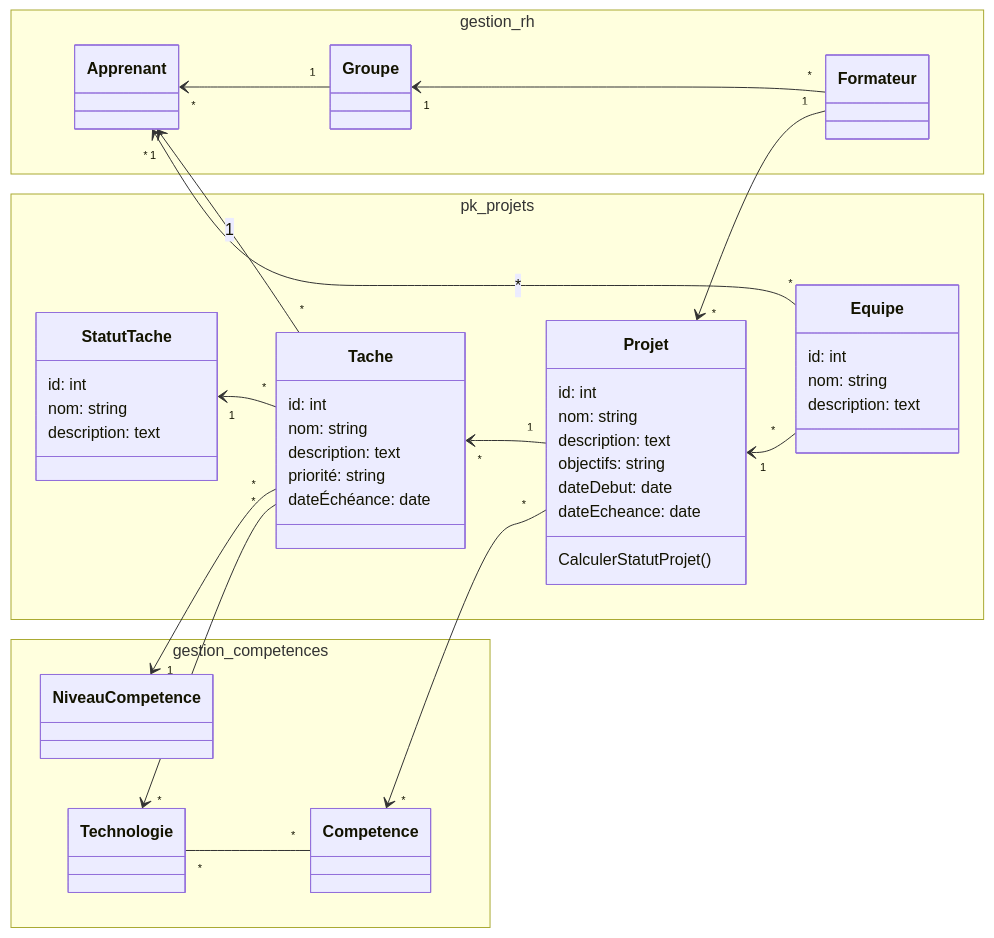
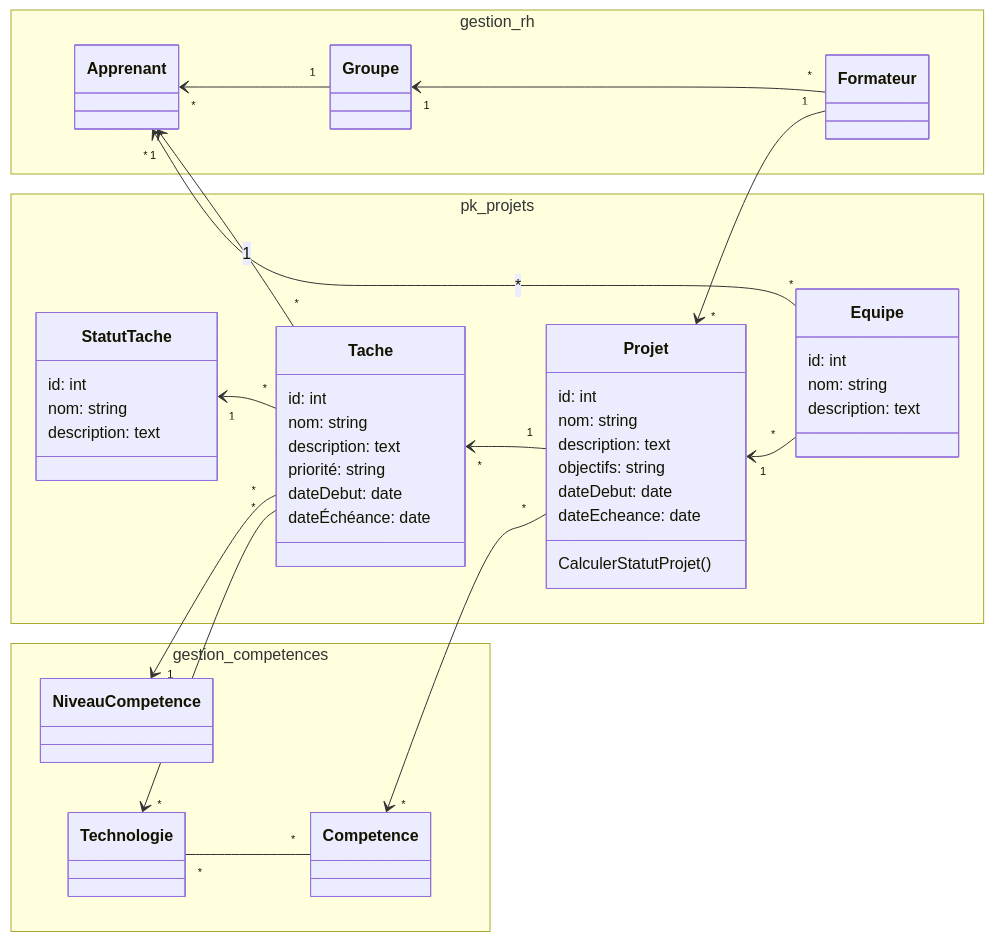
One commit to labs-web/prototype changed the diagram in modélisation/pkg_projets/classes_pkg_projets.mmd. Above: the diagram before and after it, drawn with Mermaid. The commit also changed 3 other files, not shown here.

Commit message:
add column date_debut

```diff
--- a/modélisation/pkg_projets/classes_pkg_projets.mmd
+++ b/modélisation/pkg_projets/classes_pkg_projets.mmd
@@ -1,67 +1,68 @@
 classDiagram
 
 direction RL
 
 namespace gestion_rh{
 class Apprenant
 class Formateur 
 class  Groupe 
 }
 Groupe "1" --> "*" Apprenant
 Formateur "*" --> "1" Groupe
 
 
 namespace gestion_competences {
 class NiveauCompetence
 class Competence
 class Technologie 
 }
 Competence "*" -- "*" Technologie
 
 
 
 namespace pk_projets {
 
 
   class Projet {
     id: int
     nom: string
     description: text
     objectifs: string
     dateDebut: date
     dateEcheance: date
     CalculerStatutProjet()
   }
 
   class Tache {
     id: int
     nom: string
     description: text
     priorité: string
+    dateDebut: date
     dateÉchéance: date
   }
 
  
   class StatutTache{
     id: int
     nom: string
     description: text
   }
 
   class Equipe {
     id: int
     nom: string
     description: text
   }
 }
 
 
 Formateur "1" --> "*" Projet 
 Projet "1" --> "*" Tache
 Projet "*" --> "*" Competence  
 Tache "*" --> "1" Apprenant : 1
 Tache "*" --> "1" NiveauCompetence
 Tache "*" --> "*" Technologie
 Tache "*" --> "1" StatutTache 
 Equipe "*" --> "1" Projet
 Equipe   "*" --> "*"  Apprenant  : *
```
